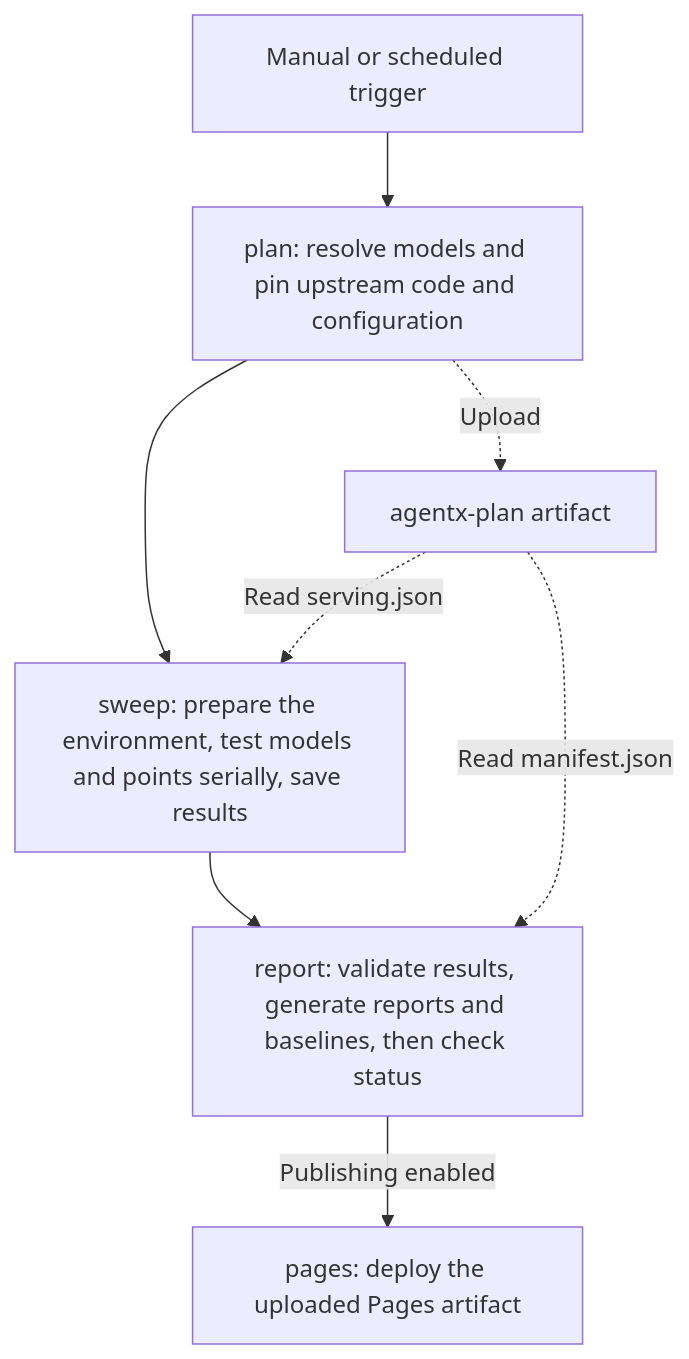
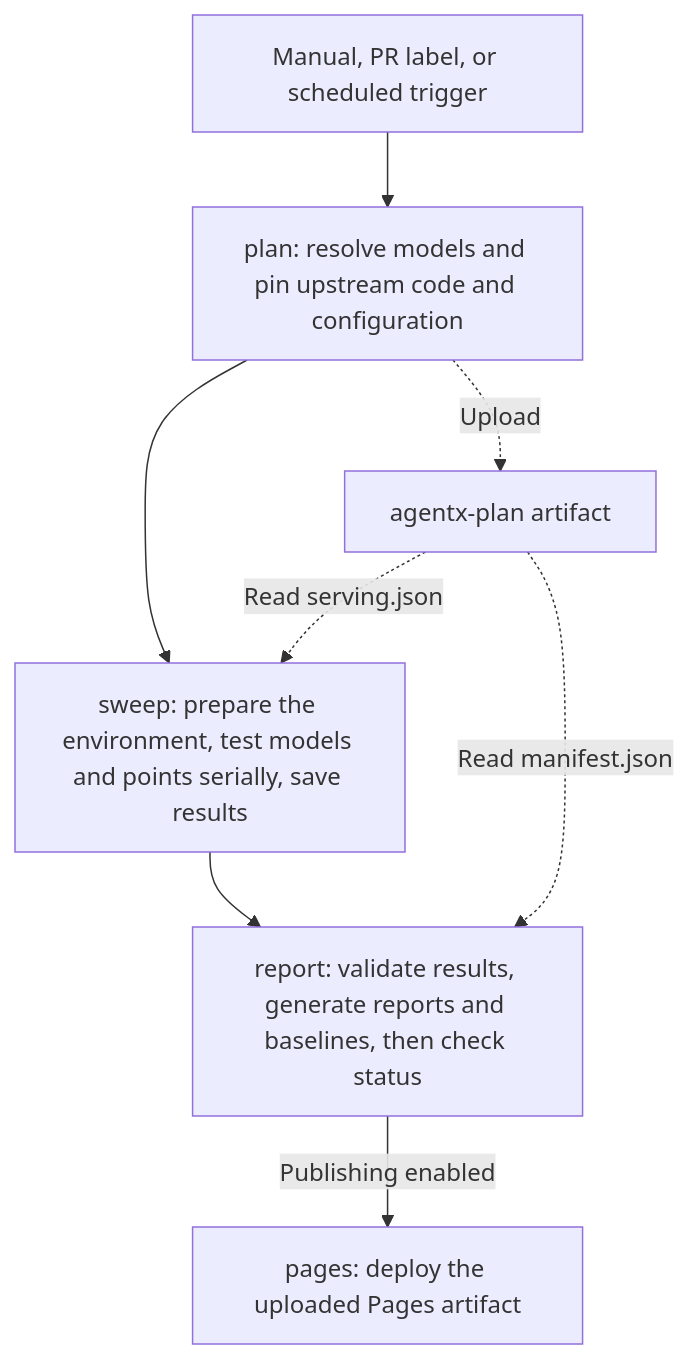
Before and after one commit to AMD-AGI/AKLR: the diagram in benchmarks/agentx/README.md, drawn with Mermaid. The commit also changed other lines of this file and 5 other files, not shown here.

````diff
--- a/benchmarks/agentx/README.md
+++ b/benchmarks/agentx/README.md
@@ -11,10 +11,10 @@
 ```mermaid
 flowchart TD
-    T["Manual or scheduled trigger"] --> P["plan: resolve models and pin upstream code and configuration"]
+    T["Manual, PR label, or scheduled trigger"] --> P["plan: resolve models and pin upstream code and configuration"]
     P --> S["sweep: prepare the environment, test models and points serially, save results"]
     S --> R["report: validate results, generate reports and baselines, then check status"]
     R -->|"Publishing enabled"| D["pages: deploy the uploaded Pages artifact"]
     P -.->|"Upload"| A["agentx-plan artifact"]
     A -.->|"Read serving.json"| S
     A -.->|"Read manifest.json"| R
 ```
````
